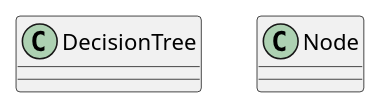
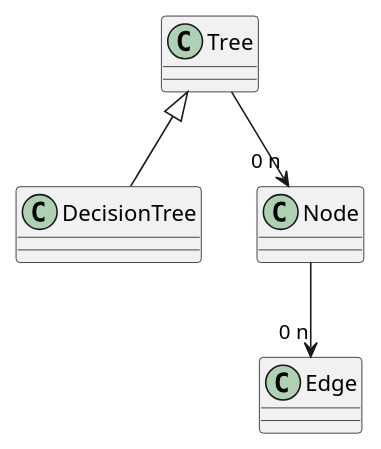
Before and after one commit to oscarpocu/DecisionTree: the diagram in classDiagram.puml, drawn with PlantUML. The commit also changed 5 other files, not shown here.

```diff
--- a/classDiagram.puml
+++ b/classDiagram.puml
@@ -1,10 +1,18 @@
 @startuml
 'https://plantuml.com/class-diagram
 
-class DecisionTree {
+class DecisionTree extends Tree{
+}
+
+class Tree {
 }
 
 class Node {
 }
 
+class Edge {
+}
+
+Tree -down-> "0 n" Node
+Node -down-> "0 n" Edge
 @enduml
```
